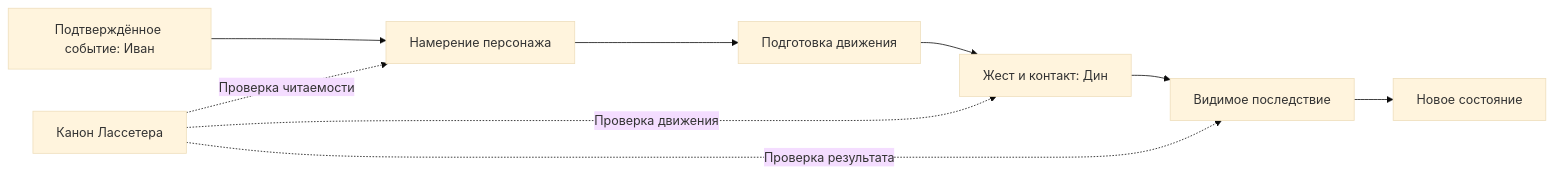
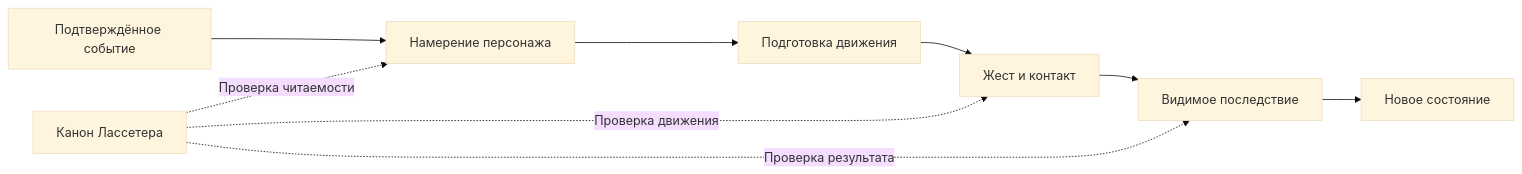
One commit to Jakisheff/alashi changed the diagram in docs/200_ZETTEL/20261010-lasseter-animation-canon.md. Above: the diagram before and after it, drawn with Mermaid (base theme). The commit also changed other lines of this file and 160 other files, not shown here.

````diff
--- a/docs/200_ZETTEL/20261010-lasseter-animation-canon.md
+++ b/docs/200_ZETTEL/20261010-lasseter-animation-canon.md
@@ -15,11 +15,11 @@
 ```mermaid
 flowchart LR
-    E[Подтверждённое событие: Иван] --> I[Намерение персонажа]
+    E[Подтверждённое событие] --> I[Намерение персонажа]
     I --> A[Подготовка движения]
-    A --> G[Жест и контакт: Дин]
+    A --> G[Жест и контакт]
     G --> C[Видимое последствие]
     C --> S[Новое состояние]
     L[Канон Лассетера] -. Проверка читаемости .-> I
     L -. Проверка движения .-> G
     L -. Проверка результата .-> C
 ```
````
